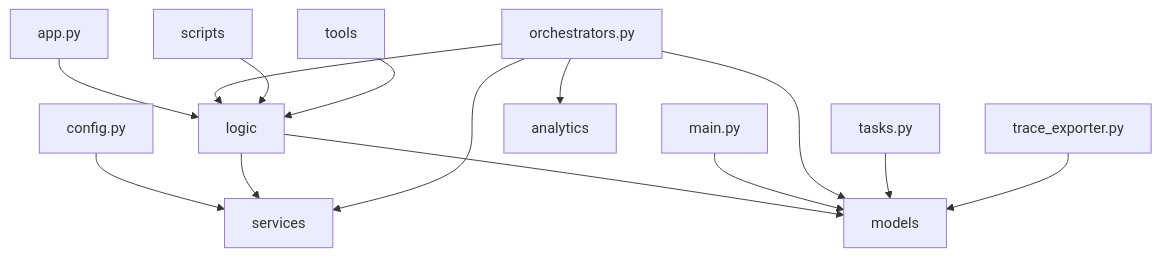
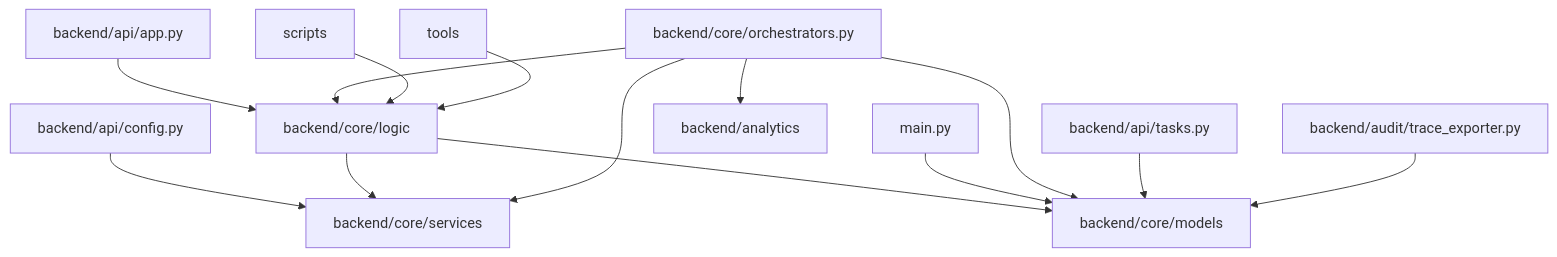
The first of 2 diagrams in docs/POST_REFACTOR_AUDIT.md (creditimpact/finance-platform), drawn with Mermaid before and after one commit. The commit also changed other lines of this file and 3 other files, not shown here.

````diff
--- a/docs/POST_REFACTOR_AUDIT.md
+++ b/docs/POST_REFACTOR_AUDIT.md
@@ -8,16 +8,16 @@
 ```mermaid
 graph TD
-    app.py --> logic
-    config.py --> services
-    logic --> models
-    logic --> services
-    main.py --> models
-    orchestrators.py --> analytics
-    orchestrators.py --> logic
-    orchestrators.py --> models
-    orchestrators.py --> services
-    scripts --> logic
-    tasks.py --> models
-    tools --> logic
-    trace_exporter.py --> models
+    backend/api/app.py --> backend/core/logic
+    backend/api/config.py --> backend/core/services
+    backend/core/logic --> backend/core/models
+    backend/core/logic --> backend/core/services
+    main.py --> backend/core/models
+    backend/core/orchestrators.py --> backend/analytics
+    backend/core/orchestrators.py --> backend/core/logic
+    backend/core/orchestrators.py --> backend/core/models
+    backend/core/orchestrators.py --> backend/core/services
+    scripts --> backend/core/logic
+    backend/api/tasks.py --> backend/core/models
+    tools --> backend/core/logic
+    backend/audit/trace_exporter.py --> backend/core/models
 ```
````
